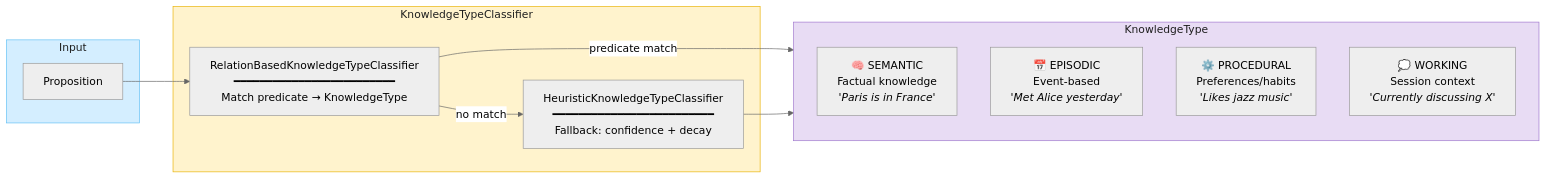
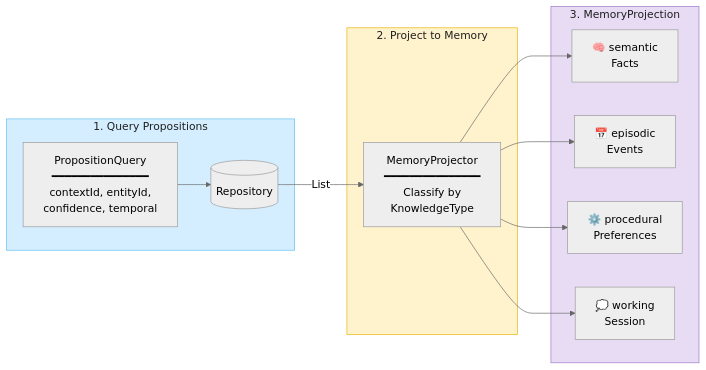
One commit to embabel/dice changed the fifth of 6 diagrams in README.md. Above: the diagram before and after it, drawn with Mermaid (neutral theme). The commit also changed other lines of this file and 11 other files, not shown here.

Commit message:
Add PropositionQuery

````diff
--- a/README.md
+++ b/README.md
@@ -373,27 +462,29 @@
 ```mermaid
 flowchart LR
-    subgraph Input
-        P["Proposition"]
+    subgraph Query["1. Query Propositions"]
+        PQ["PropositionQuery<br/>━━━━━━━━━━━━━━━<br/>contextId, entityId,<br/>confidence, temporal"]
+        REPO[("Repository")]
+        PQ --> REPO
     end
 
-    subgraph Classifier["KnowledgeTypeClassifier"]
-        RBC["RelationBasedKnowledgeTypeClassifier<br/>━━━━━━━━━━━━━━━━━━━━━━━━━<br/>Match predicate → KnowledgeType"]
-        HBC["HeuristicKnowledgeTypeClassifier<br/>━━━━━━━━━━━━━━━━━━━━━━━━━<br/>Fallback: confidence + decay"]
+    subgraph Project["2. Project to Memory"]
+        PROJ["MemoryProjector<br/>━━━━━━━━━━━━━━━<br/>Classify by<br/>KnowledgeType"]
     end
 
-    subgraph Types["KnowledgeType"]
-        SEM["🧠 SEMANTIC<br/>Factual knowledge<br/><i>'Paris is in France'</i>"]
-        EPI["📅 EPISODIC<br/>Event-based<br/><i>'Met Alice yesterday'</i>"]
-        PRO["⚙️ PROCEDURAL<br/>Preferences/habits<br/><i>'Likes jazz music'</i>"]
-        WRK["💭 WORKING<br/>Session context<br/><i>'Currently discussing X'</i>"]
+    subgraph Result["3. MemoryProjection"]
+        SEM["🧠 semantic<br/>Facts"]
+        EPI["📅 episodic<br/>Events"]
+        PRO["⚙️ procedural<br/>Preferences"]
+        WRK["💭 working<br/>Session"]
     end
 
-    P --> RBC
-    RBC -->|"predicate match"| Types
-    RBC -->|"no match"| HBC
-    HBC --> Types
+    REPO -->|"List<Proposition>"| PROJ
+    PROJ --> SEM
+    PROJ --> EPI
+    PROJ --> PRO
+    PROJ --> WRK
 
-    style Input fill:#d4eeff,stroke:#63c0f5,color:#1e1e1e
-    style Classifier fill:#fff3cd,stroke:#e9b306,color:#1e1e1e
-    style Types fill:#e8dcf4,stroke:#9f77cd,color:#1e1e1e
+    style Query fill:#d4eeff,stroke:#63c0f5,color:#1e1e1e
+    style Project fill:#fff3cd,stroke:#e9b306,color:#1e1e1e
+    style Result fill:#e8dcf4,stroke:#9f77cd,color:#1e1e1e
 ```
````
